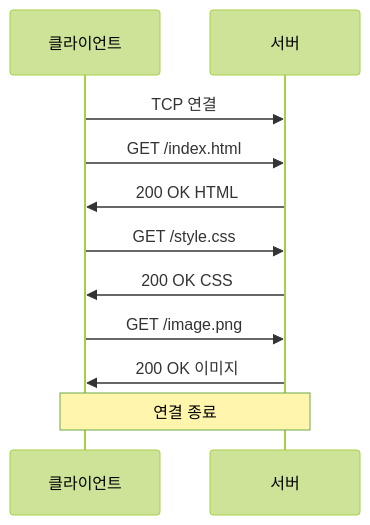
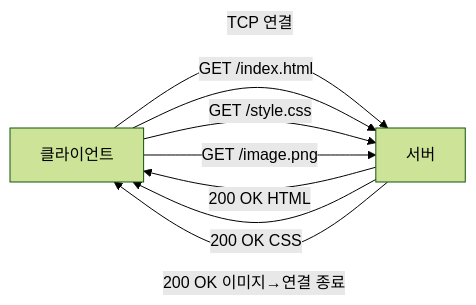
One commit to yjkim2015/yjkim2015.github.io changed the fifth of 5 diagrams in _posts/http/2021-01-05-http-2.md. Above: the diagram before and after it, drawn with Mermaid (forest theme). The commit also changed other lines of this file and 50 other files, not shown here.

First line of the commit message:
stateDiagram 11개 graph LR 변환 + 테이블 빈 셀 17개 수정

````diff
--- a/_posts/http/2021-01-05-http-2.md
+++ b/_posts/http/2021-01-05-http-2.md
@@ -178,13 +163,10 @@
 ```mermaid
-sequenceDiagram
-    participant C as 클라이언트
-    participant S as 서버
-    C->>S: TCP 연결
-    C->>S: GET /index.html
-    S->>C: 200 OK HTML
-    C->>S: GET /style.css
-    S->>C: 200 OK CSS
-    C->>S: GET /image.png
-    S->>C: 200 OK 이미지
-    Note over C,S: 연결 종료
+graph LR
+    C["클라이언트"] -->|"TCP 연결"| S["서버"]
+    C -->|"GET /index.html"| S
+    S -->|"200 OK HTML"| C
+    C -->|"GET /style.css"| S
+    S -->|"200 OK CSS"| C
+    C -->|"GET /image.png"| S
+    S -->|"200 OK 이미지→연결 종료"| C
 ```
````
